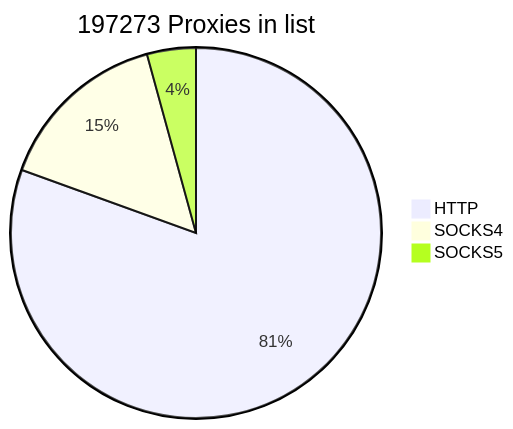
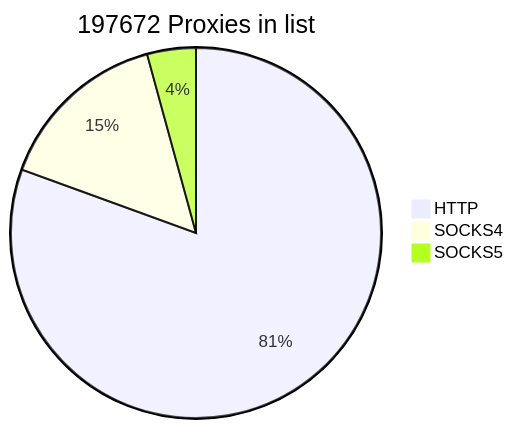
Before and after one commit to cutipu/proxylist: the first of 2 diagrams in README.md, drawn with Mermaid. The commit also changed other lines of this file, not shown here.

````diff
--- a/README.md
+++ b/README.md
@@ -2,7 +2,7 @@
 ```mermaid
-pie title 197273 Proxies in list
-    "HTTP" : 158860
-    "SOCKS4" : 30002
-    "SOCKS5" : 8411
+pie title 197672 Proxies in list
+    "HTTP" : 159241
+    "SOCKS4" : 30026
+    "SOCKS5" : 8405
             
 ```
````
